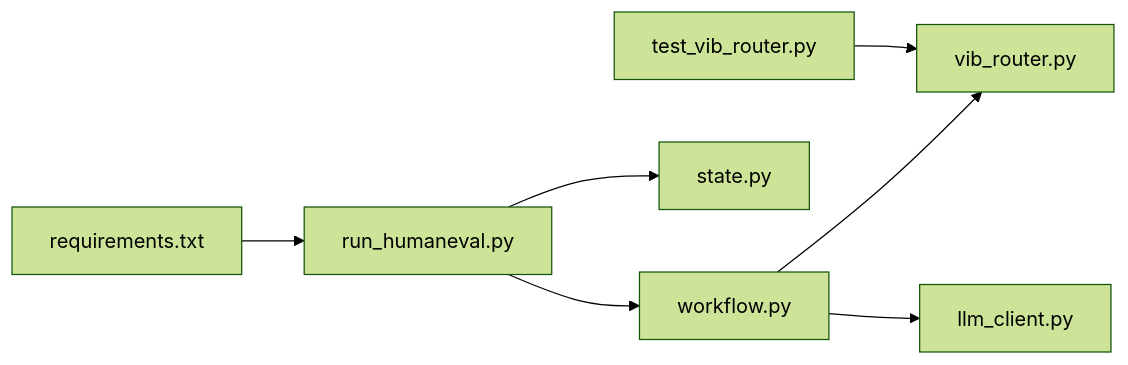
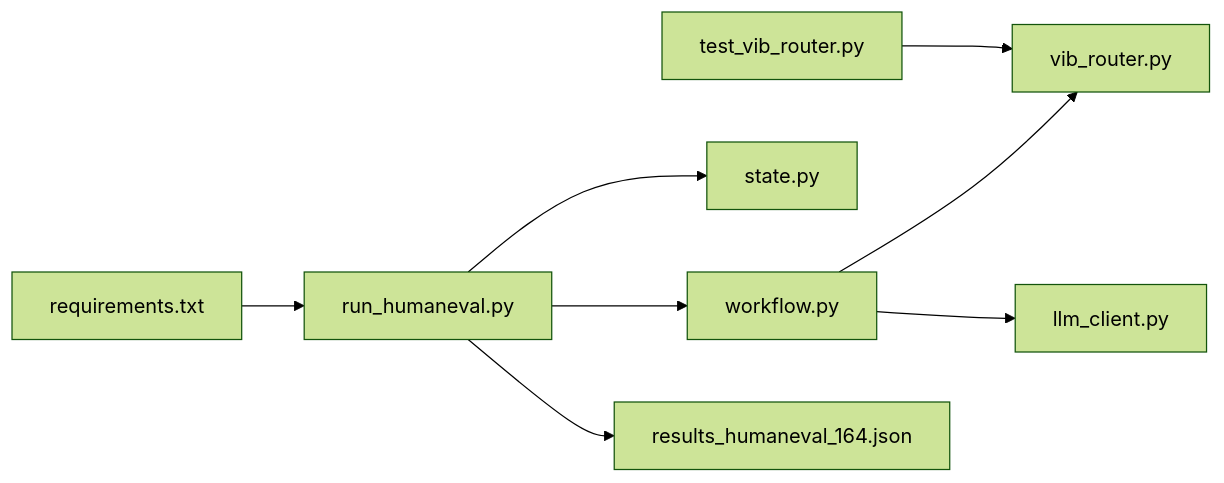
Before and after one commit to QuStarry/VIB-SparseCommunication: the seventh of 7 diagrams in .qoder/repowiki/zh/content/核心架构/实验框架/HumanEval基准测试.md, drawn with Mermaid (forest theme). The commit also changed other lines of this file and 18 other files, not shown here.

````diff
--- a/.qoder/repowiki/zh/content/核心架构/实验框架/HumanEval基准测试.md
+++ b/.qoder/repowiki/zh/content/核心架构/实验框架/HumanEval基准测试.md
@@ -211,9 +263,10 @@
 ```mermaid
 graph LR
 RQ["requirements.txt"] --> RH["run_humaneval.py"]
 RH --> WF["workflow.py"]
 RH --> ST["state.py"]
 WF --> RC["vib_router.py"]
 WF --> LC["llm_client.py"]
 TS["test_vib_router.py"] --> RC
+RH --> RES["results_humaneval_164.json"]
 ```
````
